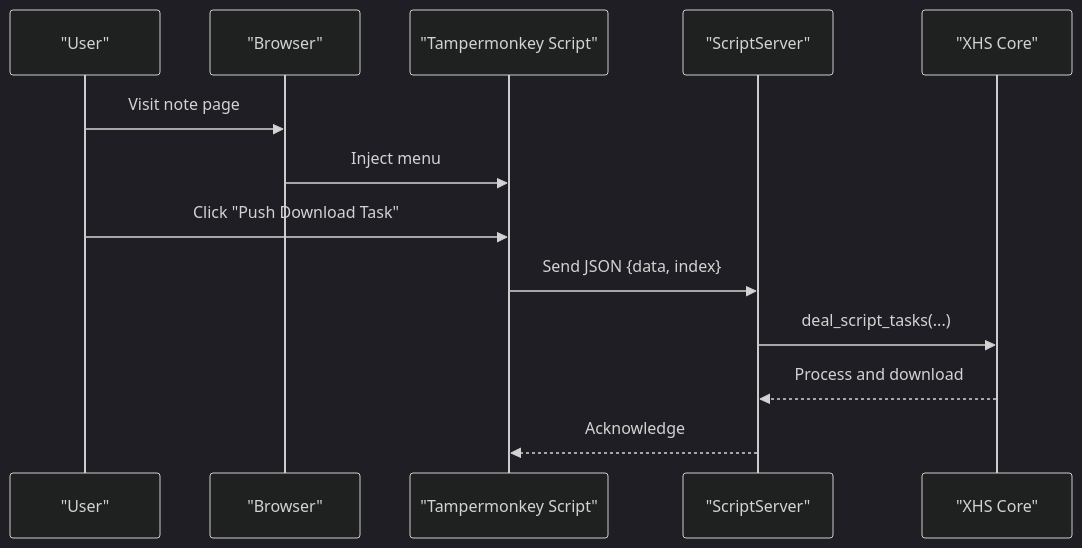
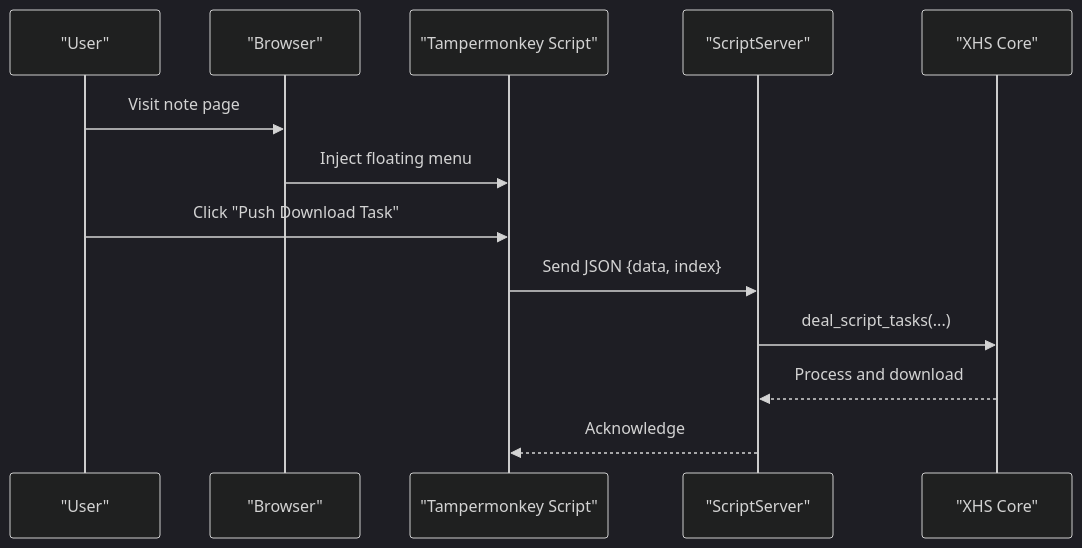
The eighth of 9 diagrams in .qoder/repowiki/en/content/User Interfaces/User Interfaces.md (KY-2000/XHS-Downloader), drawn with Mermaid (dark theme) before and after one commit. The commit also changed other lines of this file and 3 other files, not shown here.

````diff
--- a/.qoder/repowiki/en/content/User Interfaces/User Interfaces.md
+++ b/.qoder/repowiki/en/content/User Interfaces/User Interfaces.md
@@ -374,15 +514,15 @@
 ```mermaid
 sequenceDiagram
 participant User as "User"
 participant Browser as "Browser"
 participant Userscript as "Tampermonkey Script"
 participant WS as "ScriptServer"
 participant Core as "XHS Core"
 User->>Browser : Visit note page
-Browser->>Userscript : Inject menu
+Browser->>Userscript : Inject floating menu
 User->>Userscript : Click "Push Download Task"
 Userscript->>WS : Send JSON {data, index}
 WS->>Core : deal_script_tasks(...)
 Core-->>WS : Process and download
 WS-->>Userscript : Acknowledge
 ```
````
